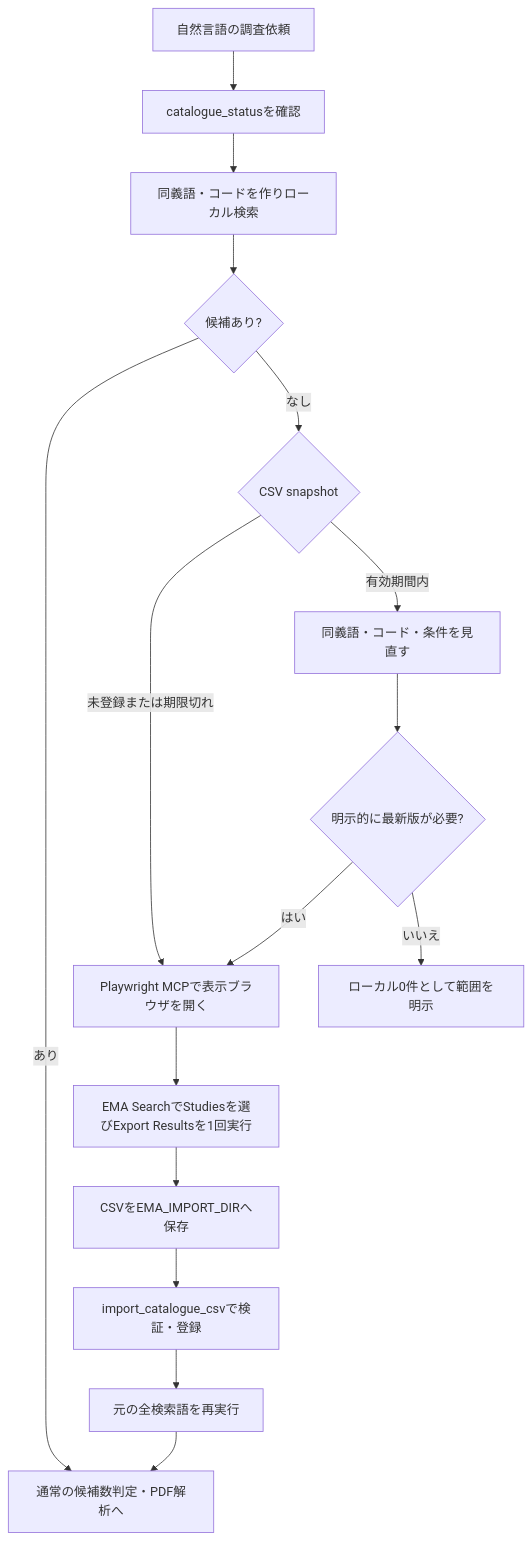
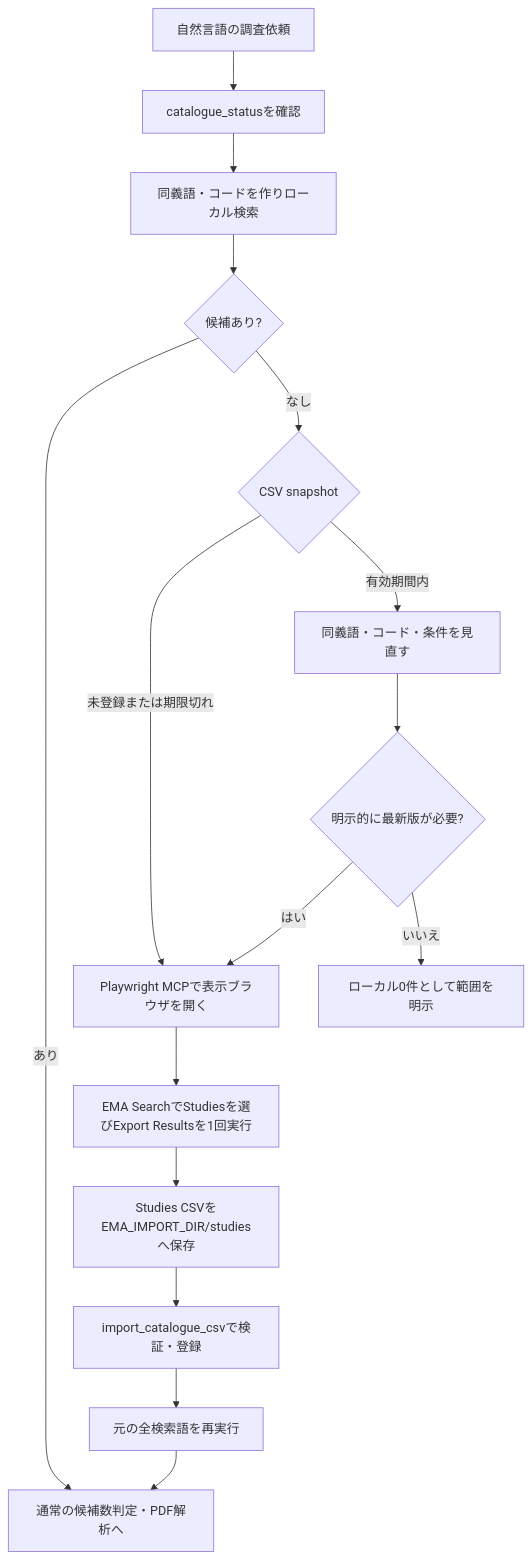
Before and after one commit to parfait0707/ema-rwe-mcp: the second of 2 diagrams in README.md, drawn with Mermaid. The commit also changed other lines of this file and 10 other files, not shown here.

````diff
--- a/README.md
+++ b/README.md
@@ -68,18 +69,18 @@
 ```mermaid
 flowchart TD
     A[自然言語の調査依頼] --> B[catalogue_statusを確認]
     B --> C[同義語・コードを作りローカル検索]
     C --> D{候補あり?}
     D -->|あり| E[通常の候補数判定・PDF解析へ]
     D -->|なし| F{CSV snapshot}
     F -->|未登録または期限切れ| G[Playwright MCPで表示ブラウザを開く]
     G --> H[EMA SearchでStudiesを選びExport Resultsを1回実行]
-    H --> I[CSVをEMA_IMPORT_DIRへ保存]
+    H --> I[Studies CSVをEMA_IMPORT_DIR/studiesへ保存]
     I --> J[import_catalogue_csvで検証・登録]
     J --> K[元の全検索語を再実行]
     K --> E
     F -->|有効期間内| L[同義語・コード・条件を見直す]
     L --> M{明示的に最新版が必要?}
     M -->|はい| G
     M -->|いいえ| N[ローカル0件として範囲を明示]
 ```
````
